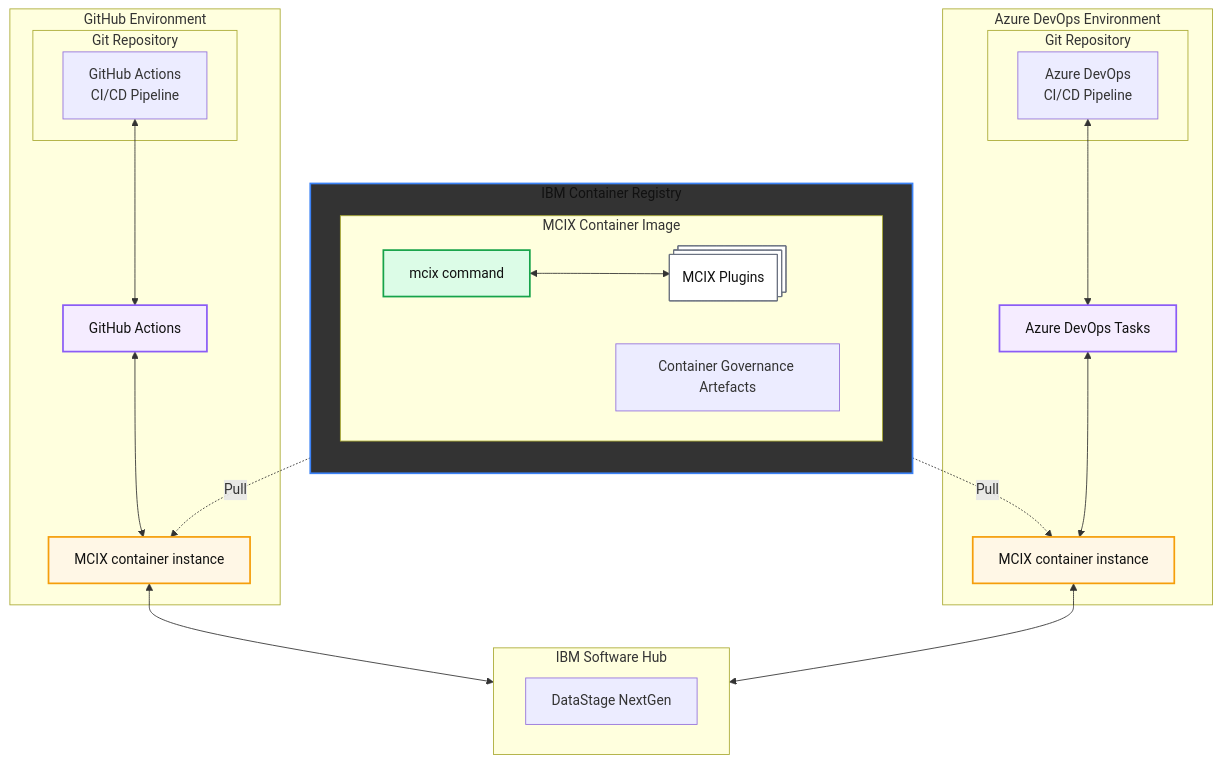
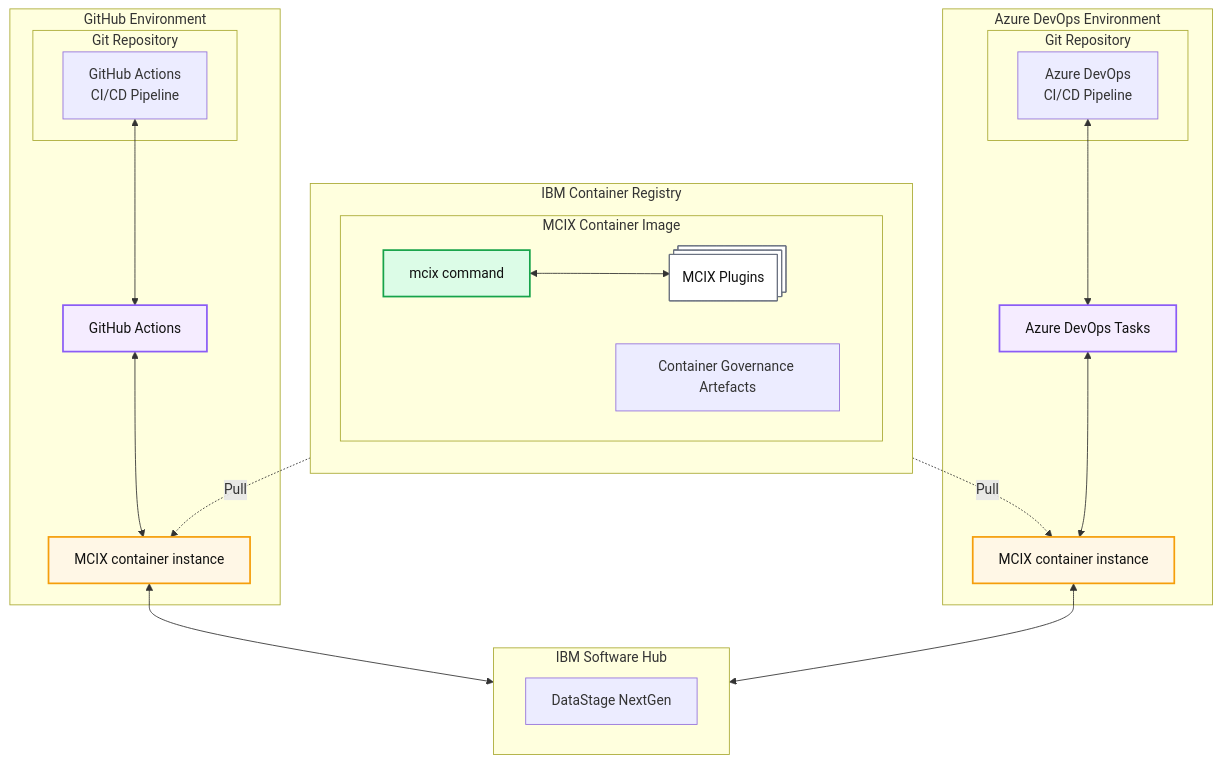
The diagram in ARCHITECTURE.md (MettleCI/mcix), drawn with Mermaid before and after one commit.

Commit message:
Comment out the REG class in architecture diagram

````diff
--- a/ARCHITECTURE.md
+++ b/ARCHITECTURE.md
@@ -1,83 +1,83 @@
 ```mermaid
   flowchart TD
 
   %% =========================
   %% Styles
   %% =========================
   classDef registry fill:#333333,stroke:#3b82f6,stroke-width:2px,color:#111;
   classDef image fill:#eefbf3,stroke:#22c55e,stroke-width:2px,color:#111;
   classDef runtime fill:#fff7e6,stroke:#f59e0b,stroke-width:2px,color:#111;
   classDef tooling fill:#f5ecff,stroke:#8b5cf6,stroke-width:2px,color:#111;
   classDef plugin fill:#ffffff,stroke:#6b7280,stroke-width:1px,color:#111;
   classDef command fill:#dcfce7,stroke:#16a34a,stroke-width:2px,color:#111;
 
   %% =========================
   %% GitHub environment
   %% =========================
   subgraph GH["GitHub Environment"]
       subgraph GHREPO["Git Repository"]
         GHPIPE["GitHub Actions<br/>CI/CD Pipeline"]
       end
       GHCONT["MCIX container instance"]
       GHA["GitHub Actions"]
   end
   class GHA tooling
   class GHCONT runtime
 
   %% GH Tooling references 
   GHPIPE <--> GHA
   GHA <--> GHCONT
 
   %% =========================
   %% Registry
   %% =========================
   subgraph REG["IBM Container Registry"]
       direction TB
 
       %% Image internals
       subgraph IMG["MCIX Container Image"]
           MCIX["mcix command"]
           PLUGINS@{ shape: procs, label: "MCIX Plugins"}
           GOV["Container Governance Artefacts"]
       end
       class MCIX command
       class PLUGINS plugin
       class IMG image
 
   end
-  class REG registry
+  %% class REG registry
 
   MCIX <--> PLUGINS
 
   subgraph CPD["IBM Software Hub"]
     DATASTAGE["DataStage NextGen"]
   end
 
   %% =========================
   %% Azure DevOps environment
   %% =========================
   subgraph ADO["Azure DevOps Environment"]
       subgraph ADOREPO["Git Repository"]
         ADOPIPE["Azure DevOps<br/>CI/CD Pipeline"]
       end
       ADOT["Azure DevOps Tasks"]
       ADOCONT["MCIX container instance"]
   end
   class ADOT tooling
   class ADOCONT runtime
 
   %% =========================
   %% Distribution from registry
   %% =========================
   IMG -. Pull .-> GHCONT
   IMG -. Pull .-> ADOCONT
 
   %% ADO Tooling references 
   ADOPIPE <--> ADOT
   ADOT <--> ADOCONT
 
   %% Action/Task links to CPD
   GHCONT <--> CPD
   ADOCONT <--> CPD
 
 ```
````
